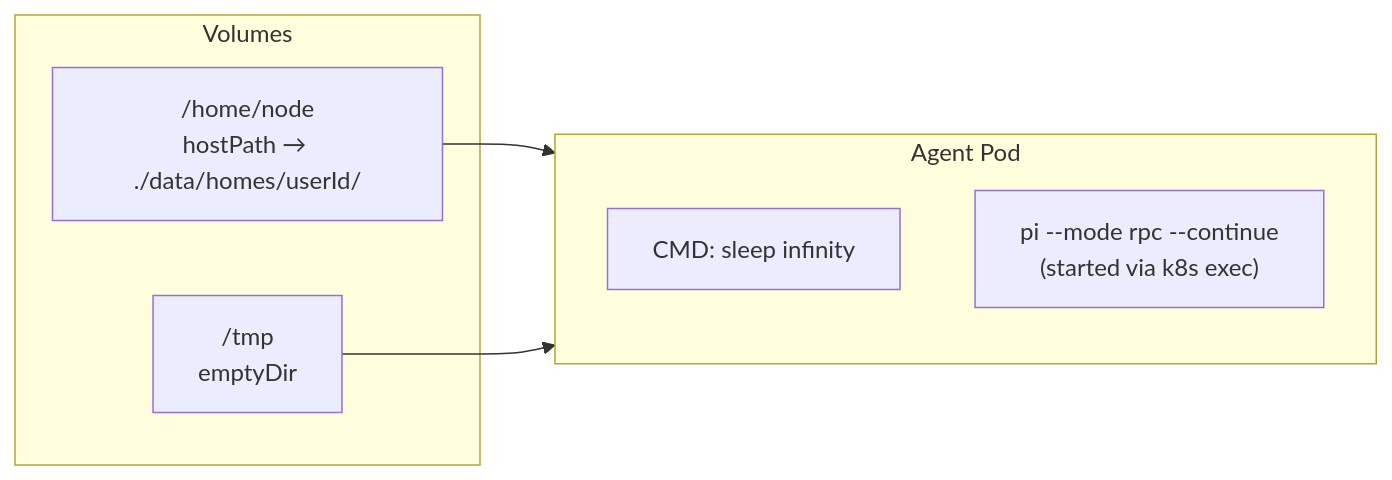
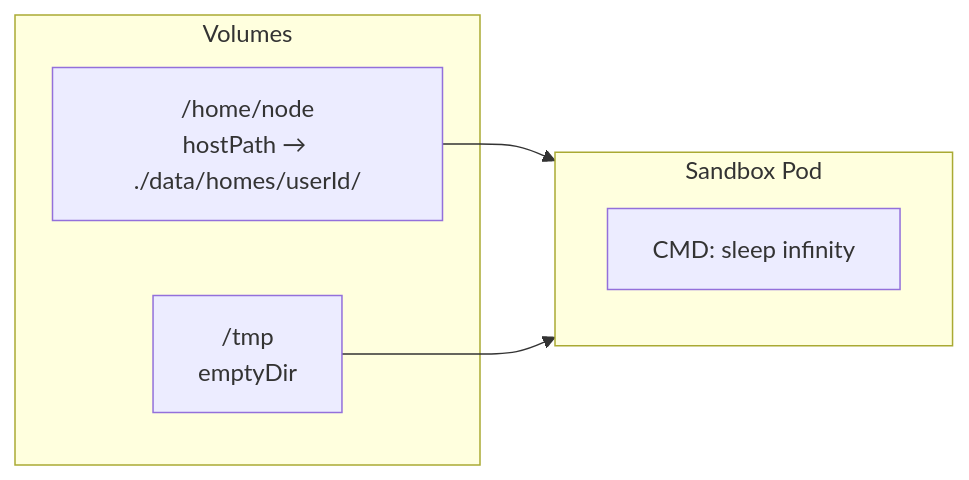
The third of 3 diagrams in docs/ARCHITECTURE.md (sigilmakes/goldilocks-app), drawn with Mermaid before and after one commit. The commit also changed other lines of this file and 7 other files, not shown here.

First line of the commit message:
docs: rewrite architecture docs for agent-service topology

````diff
--- a/docs/ARCHITECTURE.md
+++ b/docs/ARCHITECTURE.md
@@ -88,13 +110,12 @@
 ```mermaid
 graph LR
-    subgraph Pod["Agent Pod"]
+    subgraph Pod["Sandbox Pod"]
         Sleep["CMD: sleep infinity"]
-        Pi["pi --mode rpc --continue<br/>(started via k8s exec)"]
     end
     subgraph Volumes
         Home["/home/node<br/>hostPath → ./data/homes/userId/"]
         Tmp["/tmp<br/>emptyDir"]
     end
     Home --> Pod
     Tmp --> Pod
 ```
````
